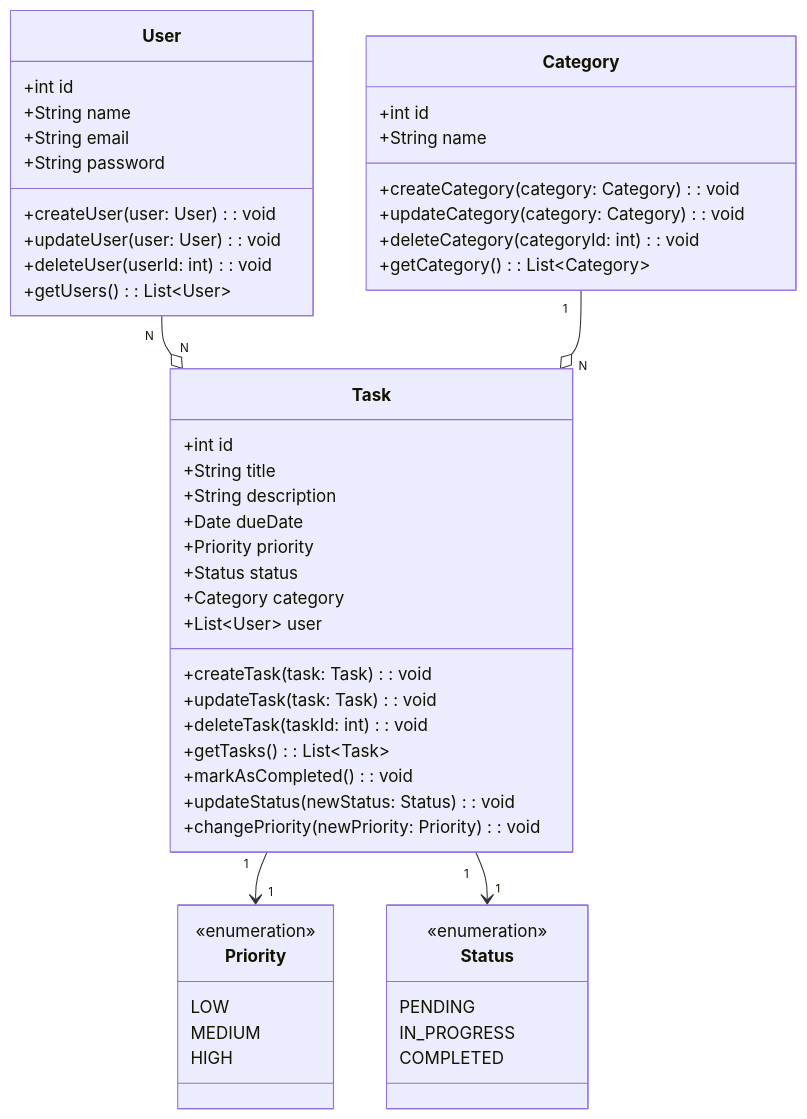
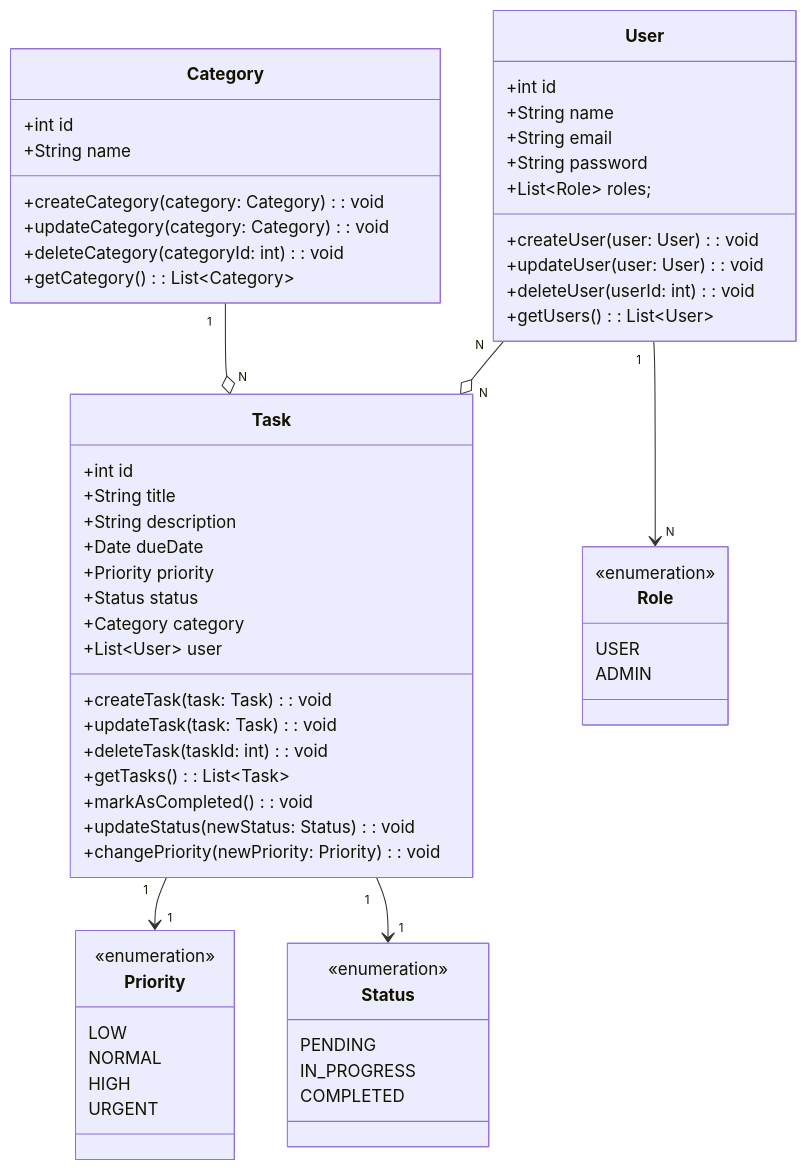
One commit to gustavosass/api-task-manager changed the diagram in README.md. Above: the diagram before and after it, drawn with Mermaid.

````diff
--- a/README.md
+++ b/README.md
@@ -3,59 +3,68 @@
 ```mermaid
 classDiagram
     class User {
         +int id
         +String name
         +String email
         +String password
+        +List~Role~ roles;
          +createUser(user: User): void
         +updateUser(user: User): void
         +deleteUser(userId: int): void
         +getUsers(): List~User~
     }
 
     class Task {
         +int id
         +String title
         +String description
         +Date dueDate
         +Priority priority
         +Status status
         +Category category
         +List~User~ user
          +createTask(task: Task): void
         +updateTask(task: Task): void
         +deleteTask(taskId: int): void
         +getTasks(): List~Task~
         +markAsCompleted(): void
         +updateStatus(newStatus: Status): void
         +changePriority(newPriority: Priority): void
     }
 
     class Category {
         +int id
         +String name
         +createCategory(category: Category): void
         +updateCategory(category: Category): void
         +deleteCategory(categoryId: int): void
         +getCategory(): List~Category~
     }
 
     class Priority {
         <<enumeration>>
         LOW
-        MEDIUM
+        NORMAL
         HIGH
+        URGENT
     }
 
     class Status {
         <<enumeration>>
         PENDING
         IN_PROGRESS
         COMPLETED
     }
 
+    class Role {
+        <<enumeration>>
+        USER
+        ADMIN
+    }
+
     User "N" --o "N" Task
     Category "1" --o "N" Task
     Task "1" --> "1" Priority
     Task "1" --> "1" Status
+    User "1" --> "N" Role
 ```
````
